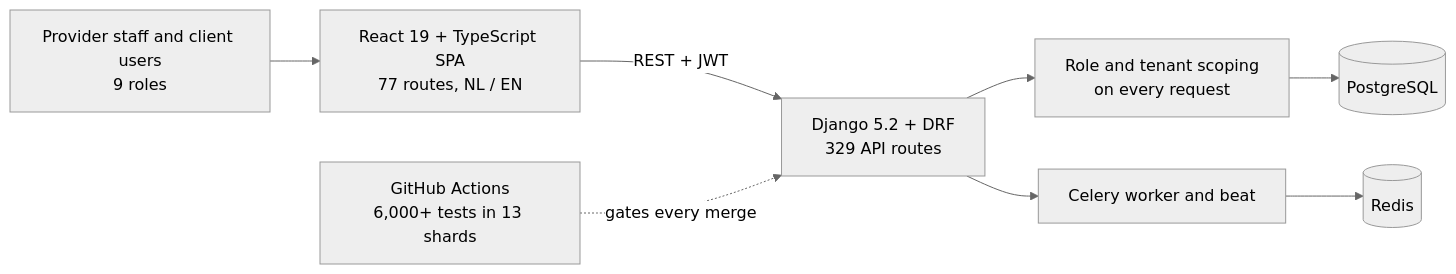
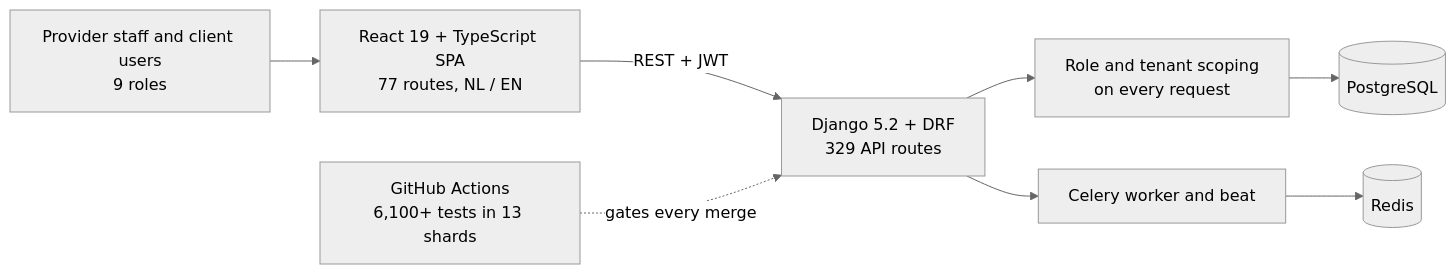
The diagram in README.md (goktugg21/goktugg21), drawn with Mermaid (neutral theme) before and after one commit. The commit also changed other lines of this file, not shown here.

````diff
--- a/README.md
+++ b/README.md
@@ -45,10 +45,10 @@
 ```mermaid
 flowchart LR
     U["Provider staff and client users<br/>9 roles"] --> SPA["React 19 + TypeScript SPA<br/>77 routes, NL / EN"]
     SPA -- "REST + JWT" --> API["Django 5.2 + DRF<br/>329 API routes"]
     API --> RBAC["Role and tenant scoping<br/>on every request"]
     RBAC --> DB[("PostgreSQL")]
     API --> W["Celery worker and beat"]
     W --> R[("Redis")]
-    CI["GitHub Actions<br/>6,000+ tests in 13 shards"] -. "gates every merge" .-> API
+    CI["GitHub Actions<br/>6,100+ tests in 13 shards"] -. "gates every merge" .-> API
 ```
````
